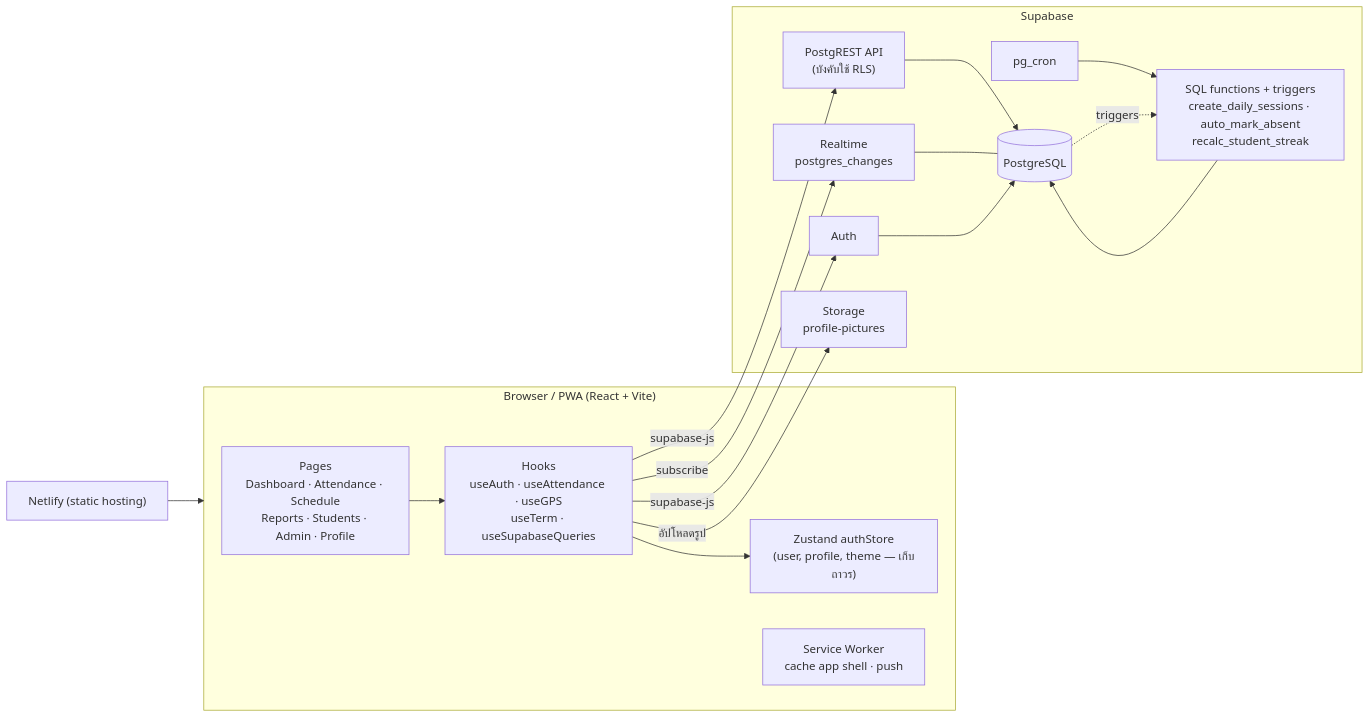
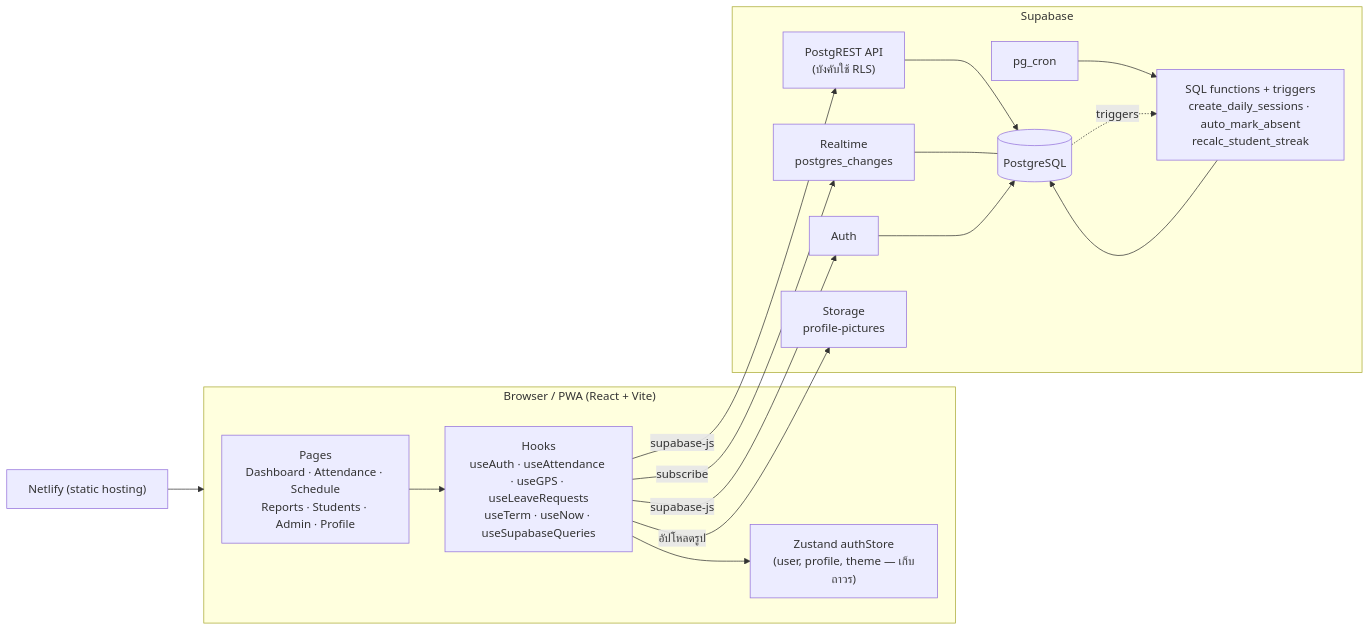
Before and after one commit to wachirawitraksa/marching-band-attendance: the first of 15 diagrams in README.th.md, drawn with Mermaid. The commit also changed other lines of this file and 1 other file, not shown here.

````diff
--- a/README.th.md
+++ b/README.th.md
@@ -96,32 +109,31 @@
 ```mermaid
 flowchart LR
     subgraph Client["Browser / PWA (React + Vite)"]
         UI["Pages<br/>Dashboard · Attendance · Schedule<br/>Reports · Students · Admin · Profile"]
-        Hooks["Hooks<br/>useAuth · useAttendance · useGPS<br/>useTerm · useSupabaseQueries"]
+        Hooks["Hooks<br/>useAuth · useAttendance · useGPS · useLeaveRequests<br/>useTerm · useNow · useSupabaseQueries"]
         Store["Zustand authStore<br/>(user, profile, theme — เก็บถาวร)"]
-        SW["Service Worker<br/>cache app shell · push"]
         UI --> Hooks --> Store
     end
 
     subgraph Supabase["Supabase"]
         Auth["Auth"]
         REST["PostgREST API<br/>(บังคับใช้ RLS)"]
         RT["Realtime<br/>postgres_changes"]
         Storage["Storage<br/>profile-pictures"]
         DB[("PostgreSQL")]
         Cron["pg_cron"]
         Fn["SQL functions + triggers<br/>create_daily_sessions · auto_mark_absent<br/>recalc_student_streak"]
     end
 
     Hooks -- "supabase-js" --> Auth
     Hooks -- "supabase-js" --> REST
     Hooks -- "subscribe" --> RT
     Hooks -- "อัปโหลดรูป" --> Storage
     REST --> DB
     RT --- DB
     Auth --> DB
     Cron --> Fn --> DB
     DB -. "triggers" .-> Fn
 
     Netlify["Netlify (static hosting)"] --> Client
 ```
````
